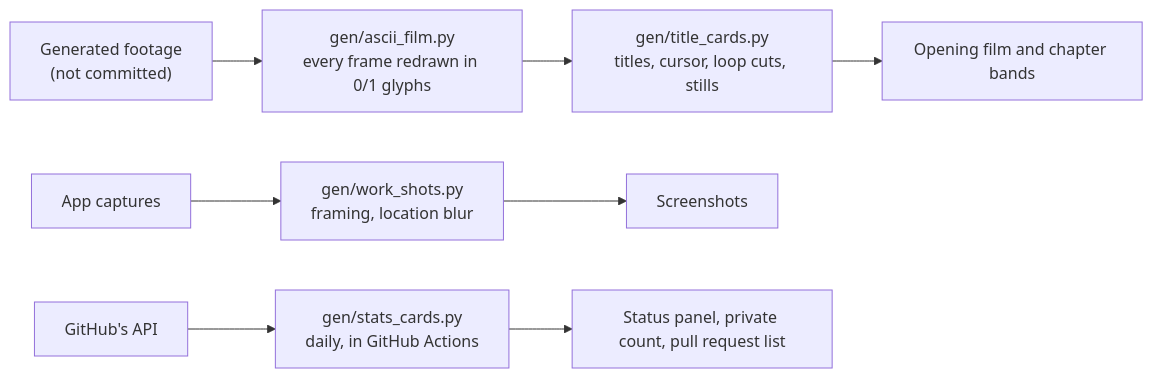
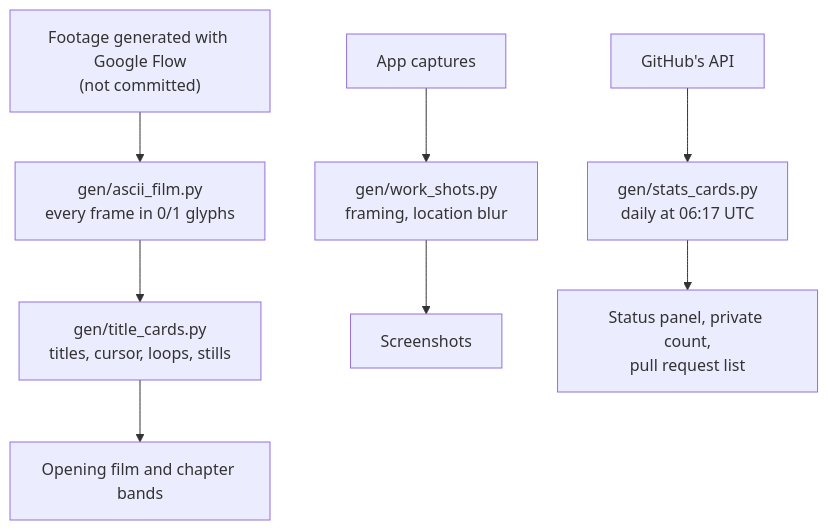
Before and after one commit to FawwazLawal/FawwazLawal: the diagram in README.md, drawn with Mermaid. The commit also changed other lines of this file and 22 other files, not shown here.

````diff
--- a/README.md
+++ b/README.md
@@ -266,10 +281,10 @@
 ```mermaid
-flowchart LR
-  F["Generated footage<br/>(not committed)"] --> A["gen/ascii_film.py<br/>every frame redrawn in 0/1 glyphs"]
-  A --> T["gen/title_cards.py<br/>titles, cursor, loop cuts, stills"]
+flowchart TD
+  F["Footage generated with Google Flow<br/>(not committed)"] --> A["gen/ascii_film.py<br/>every frame in 0/1 glyphs"]
+  A --> T["gen/title_cards.py<br/>titles, cursor, loops, stills"]
   T --> B["Opening film and chapter bands"]
   S["App captures"] --> W["gen/work_shots.py<br/>framing, location blur"]
   W --> P["Screenshots"]
-  G["GitHub's API"] --> C["gen/stats_cards.py<br/>daily, in GitHub Actions"]
-  C --> L["Status panel, private count, pull request list"]
+  G["GitHub's API"] --> C["gen/stats_cards.py<br/>daily at 06:17 UTC"]
+  C --> L["Status panel, private count,<br/>pull request list"]
 ```
````
